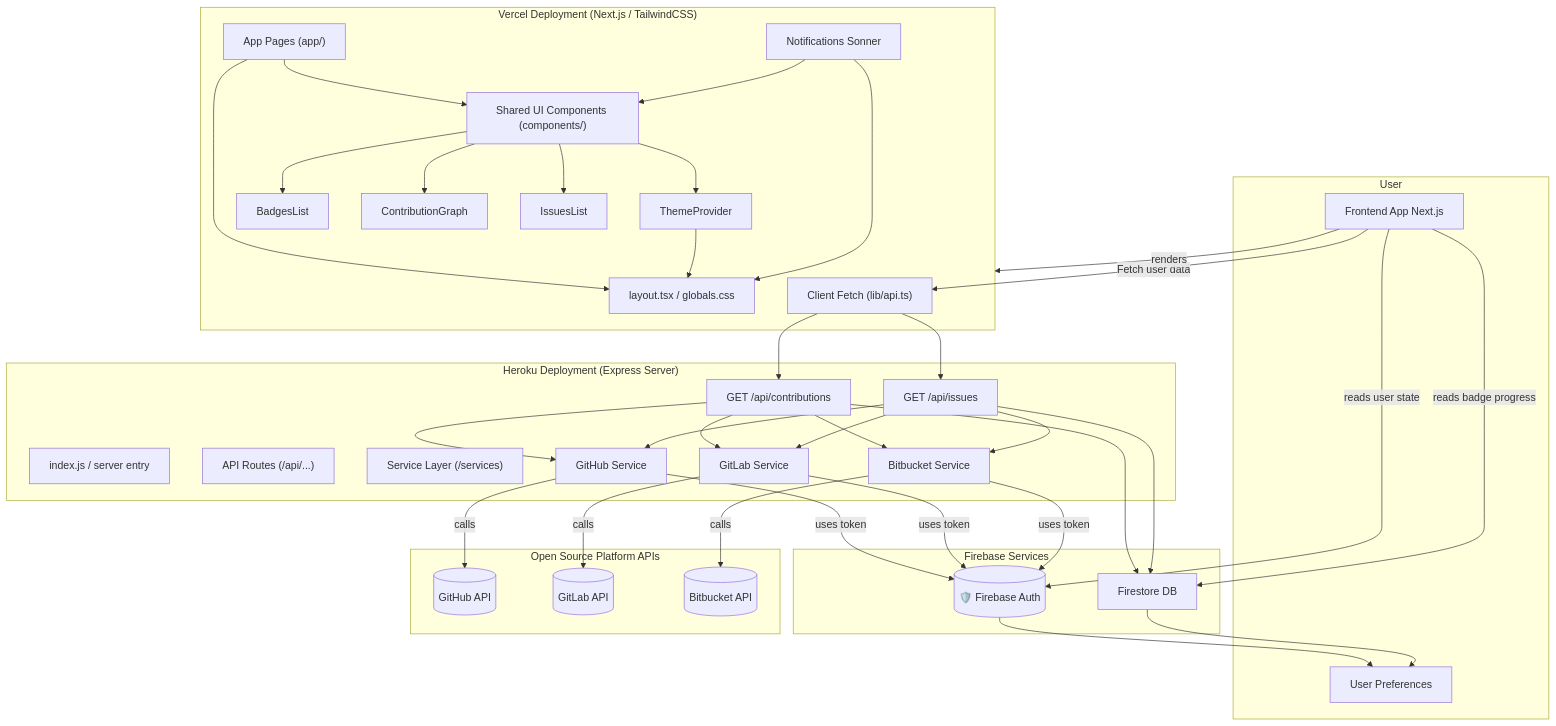
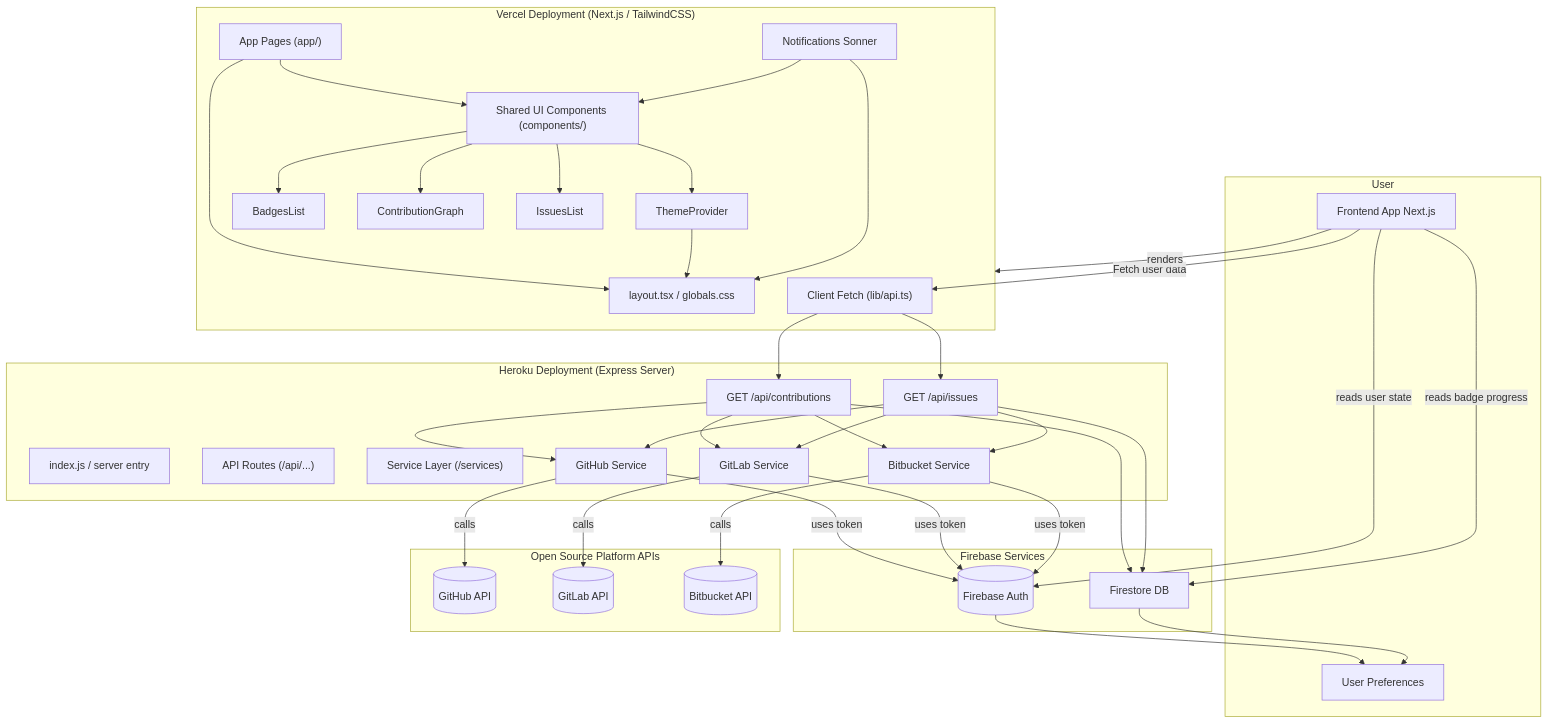
Before and after one commit to gongahkia/uku: the second of 2 diagrams in README.md, drawn with Mermaid. The commit also changed other lines of this file, not shown here.

```diff
--- a/README.md
+++ b/README.md
@@ -203,7 +203,7 @@
     %% ===== DATABASE & AUTH =====
     subgraph Firebase["Firebase Services"]
         Firestore[Firestore DB]
-        FirebaseAuth[(🛡️ Firebase Auth)]
+        FirebaseAuth[(Firebase Auth)]
     end
 
     %% ===== EXTERNAL SOURCES =====
```
